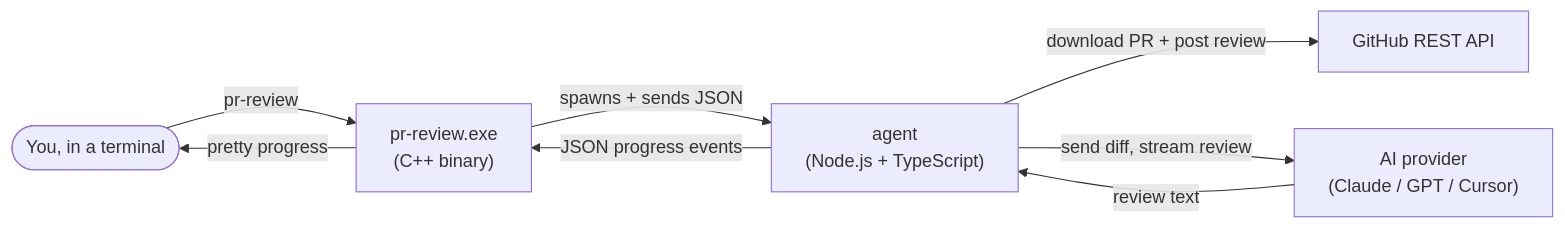
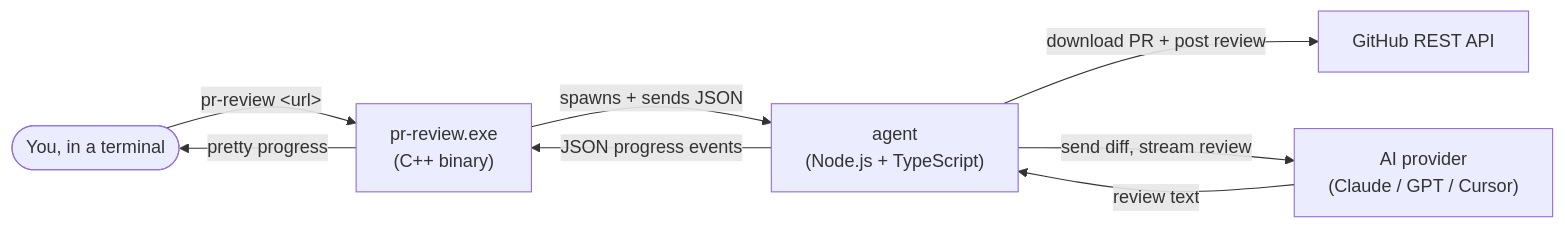
The diagram in README.md (elefinnt/Nylon), drawn with Mermaid before and after one commit. The commit also changed other lines of this file, not shown here.

````diff
--- a/README.md
+++ b/README.md
@@ -64,16 +90,16 @@
 ```mermaid
 flowchart LR
     User([You, in a terminal])
     CLI["pr-review.exe<br/>(C++ binary)"]
     Agent["agent<br/>(Node.js + TypeScript)"]
     GH["GitHub REST API"]
     Prov["AI provider<br/>(Claude / GPT / Cursor)"]
 
-    User -- "pr-review <url>" --> CLI
+    User -- "pr-review &lt;url&gt;" --> CLI
     CLI -- "spawns + sends JSON" --> Agent
     Agent -- "JSON progress events" --> CLI
     CLI -- "pretty progress" --> User
     Agent -- "download PR + post review" --> GH
     Agent -- "send diff, stream review" --> Prov
     Prov -- "review text" --> Agent
 ```
````
